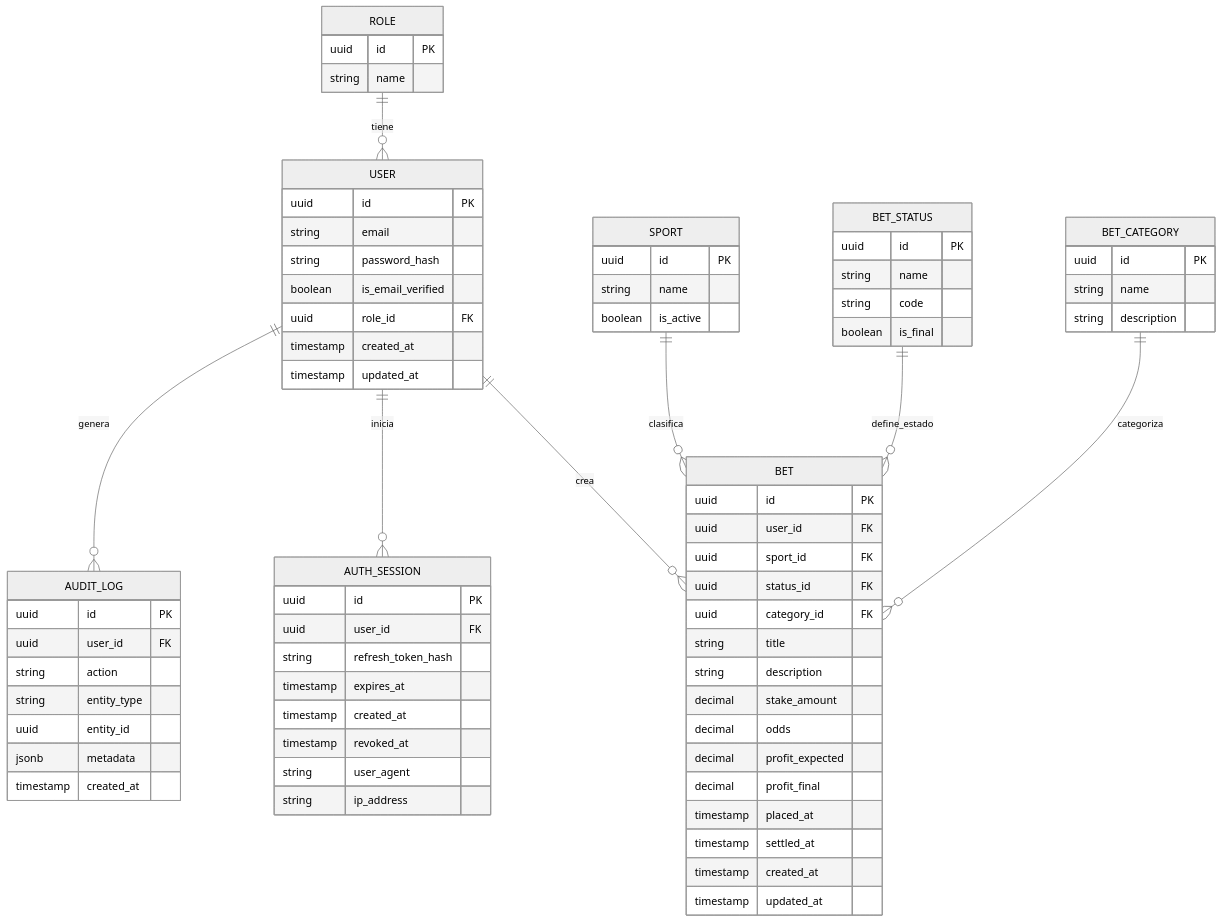
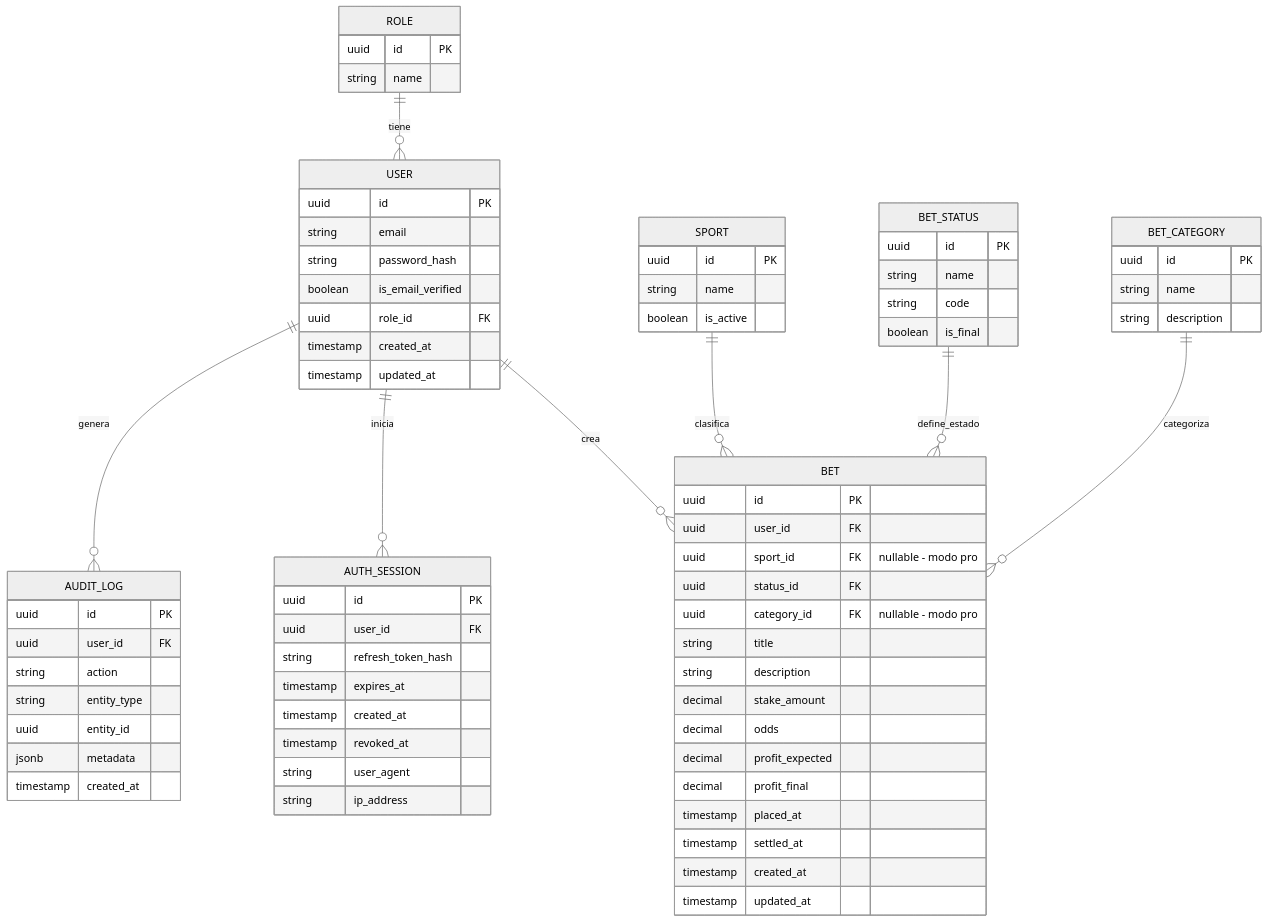
Before and after one commit to Marcwos/registro-bet: the diagram in docs/modelo-entidad-relacion.md, drawn with Mermaid (neutral theme). The commit also changed other lines of this file and 2 other files, not shown here.

Commit message:
feat: Enhance betting documentation with support for normal and pro modes

```diff
--- a/docs/modelo-entidad-relacion.md
+++ b/docs/modelo-entidad-relacion.md
@@ -27,9 +27,9 @@
     BET {
         uuid id PK
         uuid user_id FK
-        uuid sport_id FK
+        uuid sport_id FK "nullable - modo pro"
         uuid status_id FK
-        uuid category_id FK
+        uuid category_id FK "nullable - modo pro"
         string title
         string description
         decimal stake_amount
```
